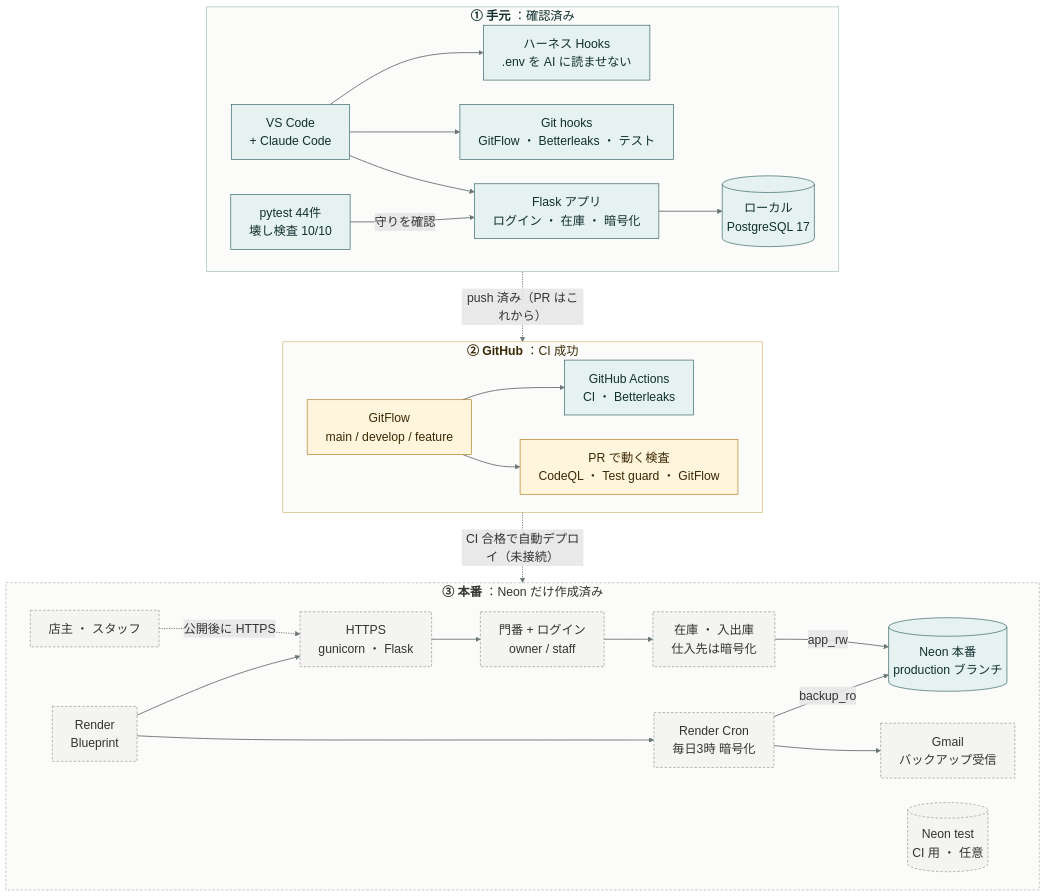
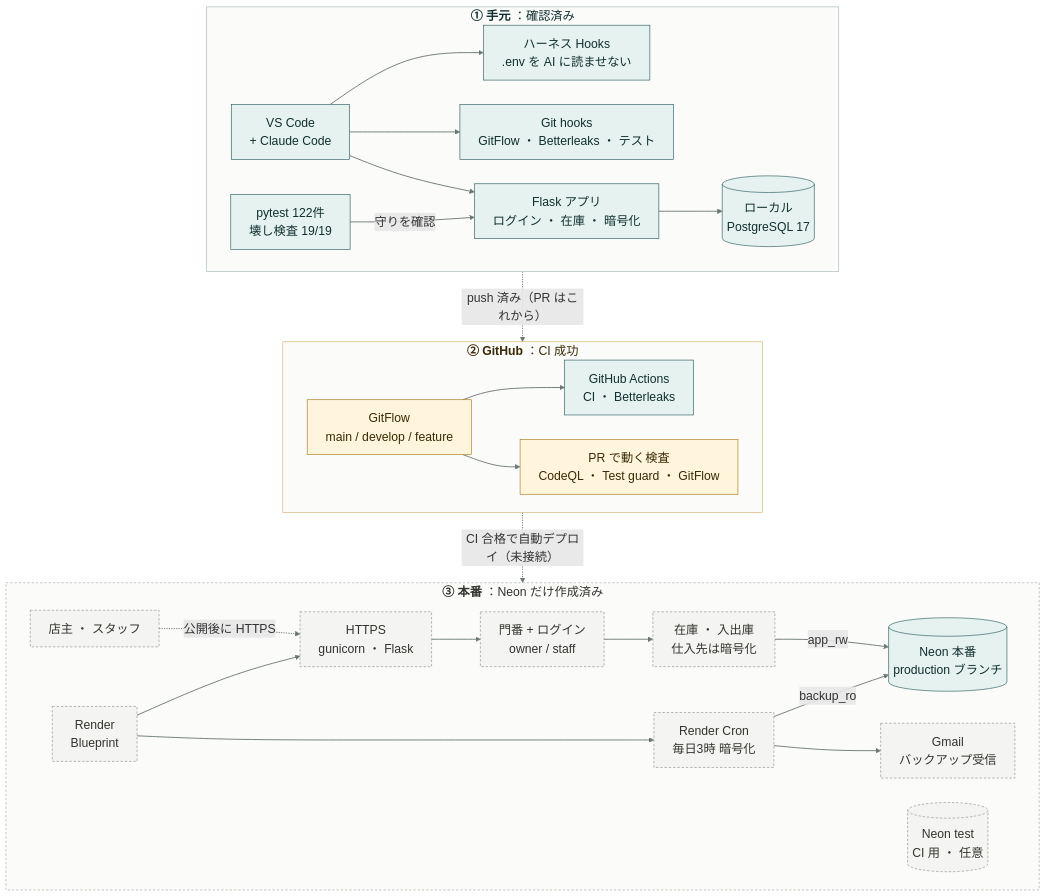
The first of 2 diagrams in docs/ARCHITECTURE.md (AchieveOn/20261103), drawn with Mermaid before and after one commit. The commit also changed other lines of this file and 4 other files, not shown here.

````diff
--- a/docs/ARCHITECTURE.md
+++ b/docs/ARCHITECTURE.md
@@ -28,71 +28,71 @@
 ```mermaid
 ---
 config:
   markdownAutoWrap: false
   flowchart:
     wrappingWidth: 420
     nodeSpacing: 40
     rankSpacing: 55
   themeVariables:
     fontSize: 20px
 ---
 flowchart TB
   %% 喫茶在庫の全体図（状態つき）。docs/ARCHITECTURE.md の「全体図」と同じ内容なので、直すときは両方そろえる
   %% 3段を縦に積み、段の中は左→右。段どうしは段そのものを矢印でつなぐ（中の向き LR を保つため）
   classDef done fill:#e6f2ef,stroke:#23565a,color:#10302f
   classDef ready fill:#fff4dc,stroke:#a8740f,color:#3a2a05
   classDef todo fill:#f4f4f2,stroke:#8a8a85,color:#33332f,stroke-dasharray:4 3
 
   subgraph L["`**① 手元** ：確認済み`"]
     direction LR
     VS["VS Code<br/>+ Claude Code"]
     HK["ハーネス Hooks<br/>.env を AI に読ませない"]
     GHK["Git hooks<br/>GitFlow ・ Betterleaks ・ テスト"]
-    TST["pytest 44件<br/>壊し検査 10/10"]
+    TST["pytest 122件<br/>壊し検査 19/19"]
     APP["Flask アプリ<br/>ログイン ・ 在庫 ・ 暗号化"]
     LDB[("ローカル<br/>PostgreSQL 17")]
     VS --> HK
     VS --> GHK
     VS --> APP --> LDB
     TST -->|守りを確認| APP
   end
 
   subgraph G["`**② GitHub** ：CI 成功`"]
     direction LR
     GF["GitFlow<br/>main / develop / feature"]
     ACT["GitHub Actions<br/>CI ・ Betterleaks"]
     PRC["PR で動く検査<br/>CodeQL ・ Test guard ・ GitFlow"]
     GF --> ACT
     GF --> PRC
   end
 
   subgraph P["`**③ 本番** ：Neon だけ作成済み`"]
     direction LR
     USR["店主 ・ スタッフ"]
     BP["Render<br/>Blueprint"]
     WEB["HTTPS<br/>gunicorn ・ Flask"]
     AUTH["門番 + ログイン<br/>owner / staff"]
     INV["在庫 ・ 入出庫<br/>仕入先は暗号化"]
     NEON[("Neon 本番<br/>production ブランチ")]
     NT[("Neon test<br/>CI 用 ・ 任意")]
     CRON["Render Cron<br/>毎日3時 暗号化"]
     GM["Gmail<br/>バックアップ受信"]
     USR -. 公開後に HTTPS .-> WEB
     BP --> WEB --> AUTH --> INV -->|app_rw| NEON
     BP --> CRON -->|backup_ro| NEON
     CRON --> GM
   end
 
   L -. "push 済み（PR はこれから）" .-> G
   G -. "CI 合格で自動デプロイ（未接続）" .-> P
 
   linkStyle default stroke:#6b7775,stroke-width:1.5px
 
   style L fill:#fbfbf9,stroke:#9fb8b4,color:#10302f
   style G fill:#fbfbf9,stroke:#d2b06a,color:#3a2a05
   style P fill:#fbfbf9,stroke:#a5a5a0,color:#33332f,stroke-dasharray:4 3
 
   class VS,HK,GHK,APP,LDB,TST,ACT,NEON done
   class GF,PRC ready
   class USR,BP,WEB,AUTH,INV,NT,CRON,GM todo
 ```
````
